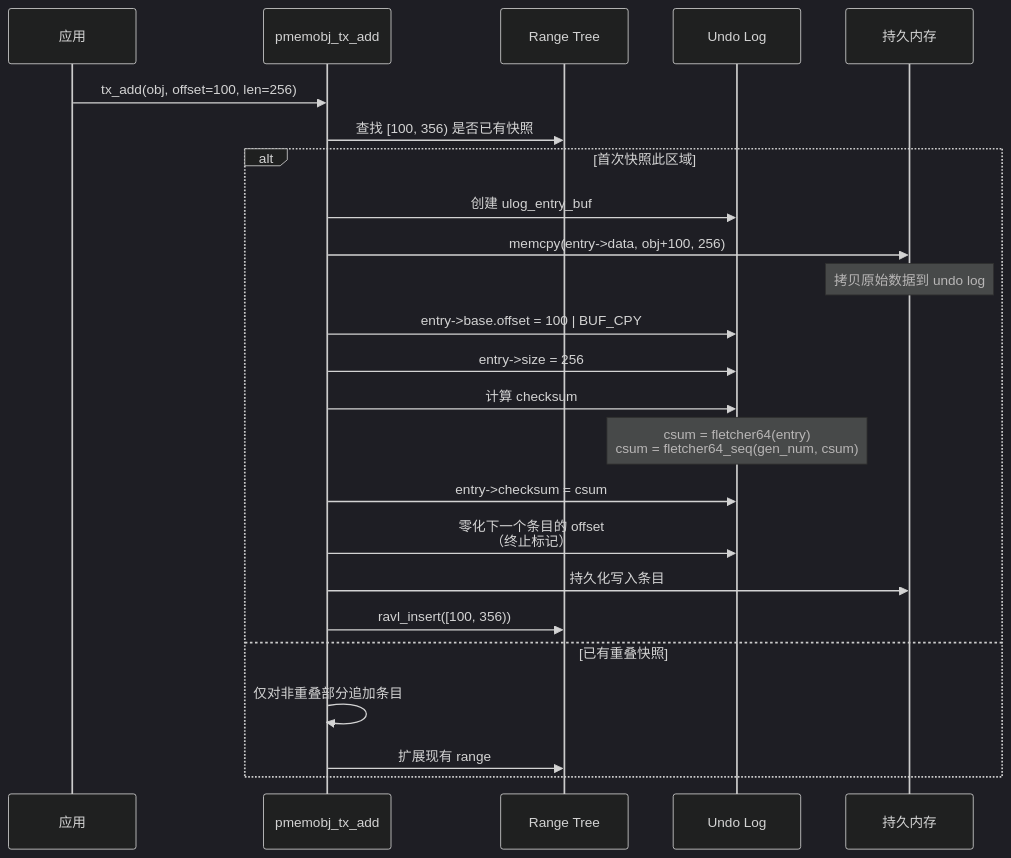
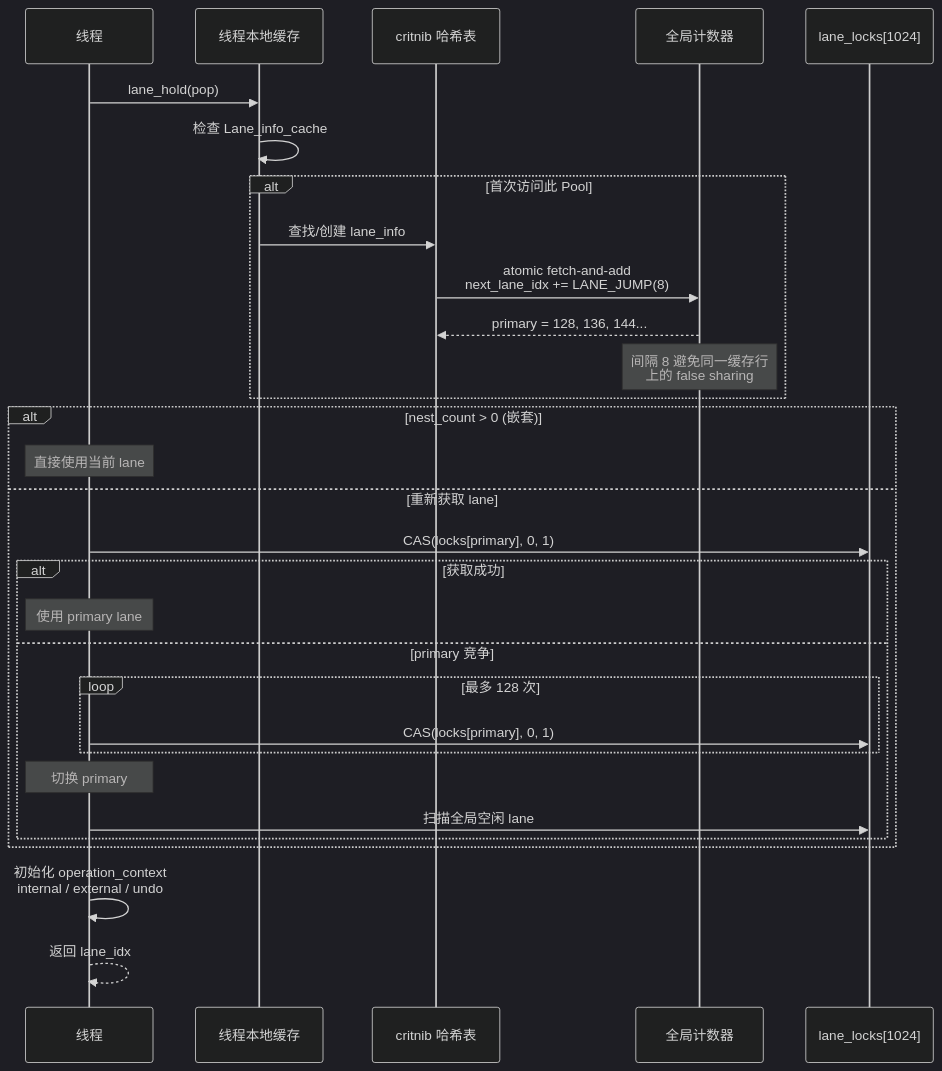
The second of 14 diagrams in Storage/daos/pmdk的一致性分析.md (carlvinhust2012/MyStudy), drawn with Mermaid (dark theme) before and after one commit. The commit also changed other lines of this file, not shown here.

````diff
--- a/Storage/daos/pmdk的一致性分析.md
+++ b/Storage/daos/pmdk的一致性分析.md
@@ -120,33 +108,37 @@
 ```mermaid
 sequenceDiagram
-    participant APP as 应用
-    participant TX as pmemobj_tx_add
-    participant RANGE as Range Tree
-    participant UNDO as Undo Log
-    participant PMEM as 持久内存
+    participant T as 线程
+    participant CACHE as 线程本地缓存
+    participant HT as critnib 哈希表
+    participant COUNTER as 全局计数器
+    participant LOCKS as lane_locks[1024]
 
-    APP->>TX: tx_add(obj, offset=100, len=256)
+    T->>CACHE: lane_hold(pop)
+    CACHE->>CACHE: 检查 Lane_info_cache
 
-    TX->>RANGE: 查找 [100, 356) 是否已有快照
+    alt 首次访问此 Pool
+        CACHE->>HT: 查找/创建 lane_info
+        HT->>COUNTER: atomic fetch-and-add<br/>next_lane_idx += LANE_JUMP(8)
+        COUNTER-->>HT: primary = 128, 136, 144...
+        Note over COUNTER: 间隔 8 避免同一缓存行<br/>上的 false sharing
+    end
 
-    alt 首次快照此区域
-        TX->>UNDO: 创建 ulog_entry_buf
-        TX->>PMEM: memcpy(entry->data, obj+100, 256)
-        Note over PMEM: 拷贝原始数据到 undo log
+    alt nest_count > 0 (嵌套)
+        Note over T: 直接使用当前 lane
+    else 重新获取 lane
+        T->>LOCKS: CAS(locks[primary], 0, 1)
+        alt 获取成功
+            Note over T: 使用 primary lane
+        else primary 竞争
+            loop 最多 128 次
+                T->>LOCKS: CAS(locks[primary], 0, 1)
+            end
+            Note over T: 切换 primary
+            T->>LOCKS: 扫描全局空闲 lane
+        end
+    end
 
-        TX->>UNDO: entry->base.offset = 100 | BUF_CPY
-        TX->>UNDO: entry->size = 256
+    T->>T: 初始化 operation_context<br/>internal / external / undo
 
-        TX->>UNDO: 计算 checksum
-        Note over UNDO: csum = fletcher64(entry)<br/>csum = fletcher64_seq(gen_num, csum)
-        TX->>UNDO: entry->checksum = csum
-
-        TX->>UNDO: 零化下一个条目的 offset<br/>（终止标记）
-        TX->>PMEM: 持久化写入条目
-
-        TX->>RANGE: ravl_insert([100, 356))
-    else 已有重叠快照
-        TX->>TX: 仅对非重叠部分追加条目
-        TX->>RANGE: 扩展现有 range
-    end
+    T-->>T: 返回 lane_idx
 ```
````
